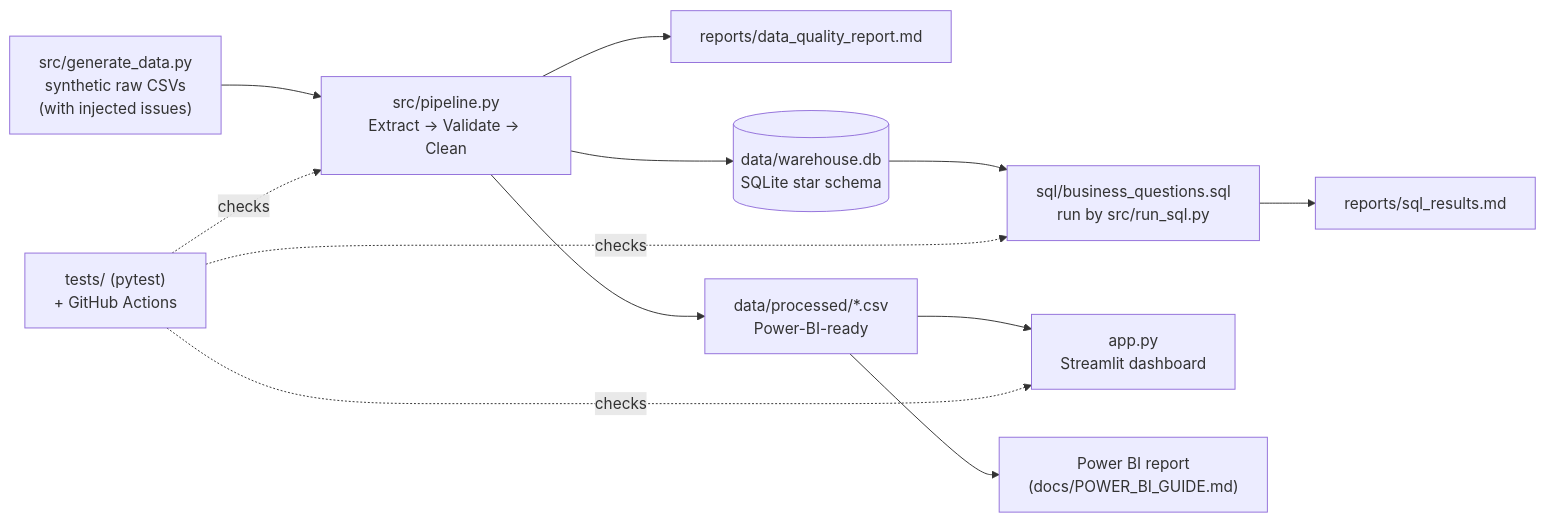
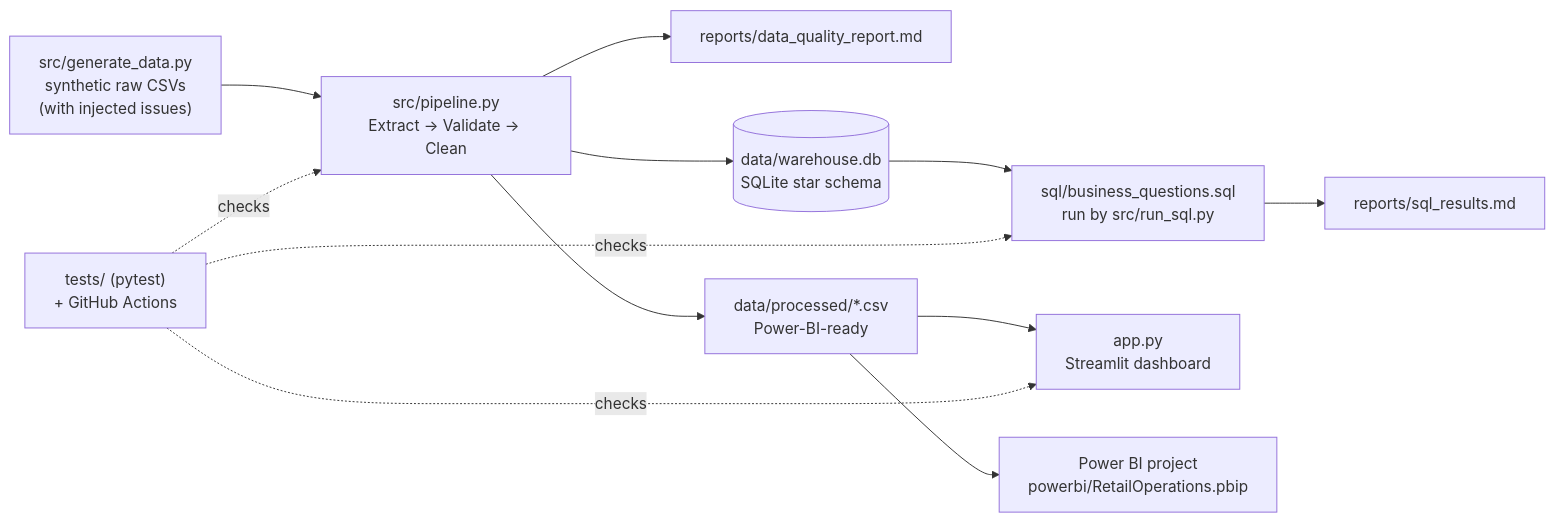
One commit to Redskull2525/retail-operations-intelligence changed the first of 2 diagrams in README.md. Above: the diagram before and after it, drawn with Mermaid. The commit also changed other lines of this file and 1 other file, not shown here.

First line of the commit message:
Document the Power BI project in README and Power BI guide

````diff
--- a/README.md
+++ b/README.md
@@ -24,14 +24,14 @@
 ```mermaid
 flowchart LR
     A["src/generate_data.py<br/>synthetic raw CSVs<br/>(with injected issues)"] --> B["src/pipeline.py<br/>Extract → Validate → Clean"]
     B --> R["reports/data_quality_report.md"]
     B --> C[("data/warehouse.db<br/>SQLite star schema")]
     B --> D["data/processed/*.csv<br/>Power-BI-ready"]
     C --> E["sql/business_questions.sql<br/>run by src/run_sql.py"]
     E --> F["reports/sql_results.md"]
     D --> G["app.py<br/>Streamlit dashboard"]
-    D --> H["Power BI report<br/>(docs/POWER_BI_GUIDE.md)"]
+    D --> H["Power BI project<br/>powerbi/RetailOperations.pbip"]
     T["tests/ (pytest)<br/>+ GitHub Actions"] -. checks .-> B
     T -. checks .-> E
     T -. checks .-> G
 ```
````
